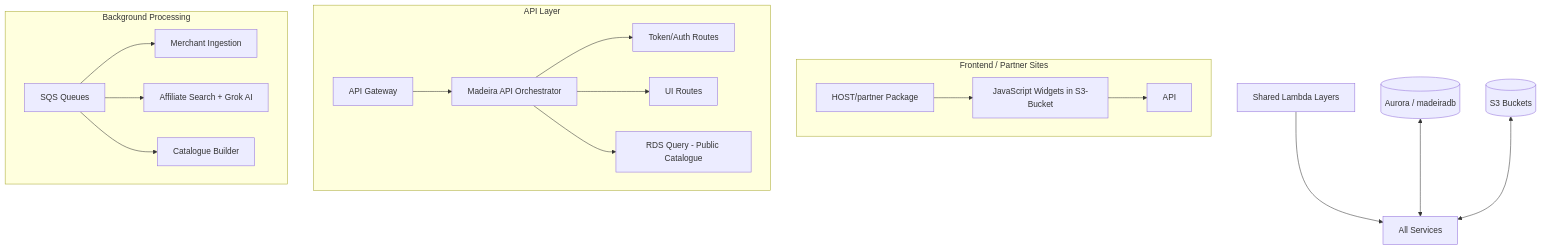
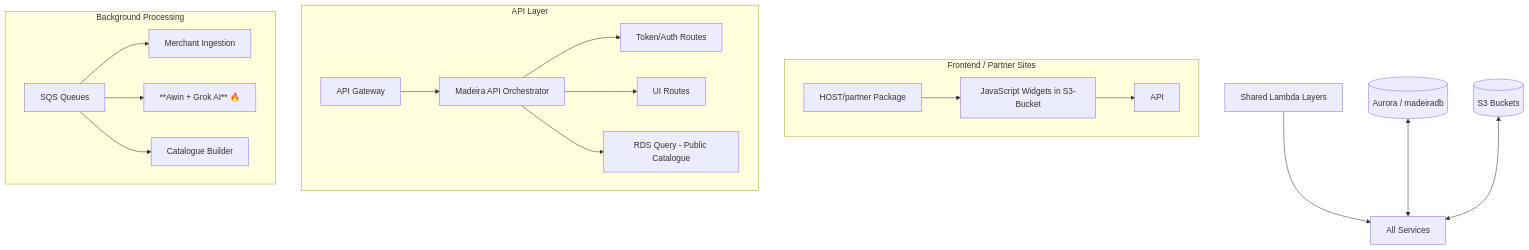
Before and after one commit to SimonBarnett/Madeira-AWS: the diagram in README.md, drawn with Mermaid. The commit also changed other lines of this file, not shown here.

Commit message:
Enhance top-level README with prominent Awin + Merchant Parts section and Layer-cake mention with direct links

````diff
--- a/README.md
+++ b/README.md
@@ -29,24 +39,24 @@
 ```mermaid
 flowchart TD
     subgraph "Frontend / Partner Sites"
         Widgets[JavaScript Widgets in S3-Bucket] --> API
         Partner[HOST/partner Package] --> Widgets
     end
 
     subgraph "API Layer"
         APIGW[API Gateway] --> LambdaAPI[Madeira API Orchestrator]
         LambdaAPI --> Token[Token/Auth Routes]
         LambdaAPI --> UI[UI Routes]
         LambdaAPI --> RDS[RDS Query - Public Catalogue]
     end
 
     subgraph "Background Processing"
         SQS[SQS Queues] --> Merchant[Merchant Ingestion]
-        SQS --> Affiliate[Affiliate Search + Grok AI]
+        SQS --> Awin[**Awin + Grok AI** 🔥]
         SQS --> Catalogue[Catalogue Builder]
     end
 
     Layers[Shared Lambda Layers] --> All[All Services]
     RDS_DB[(Aurora / madeiradb)] <--> All
     S3[(S3 Buckets)] <--> All
 ```
````
